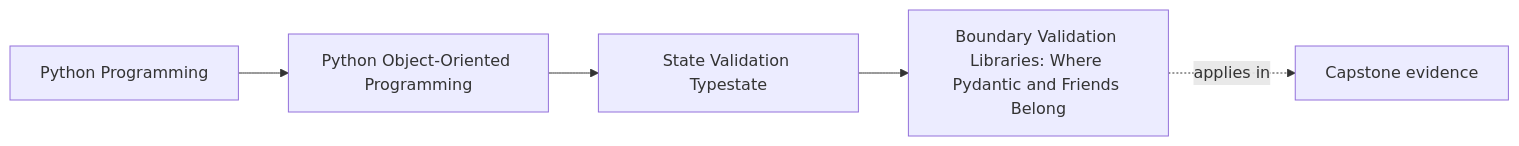
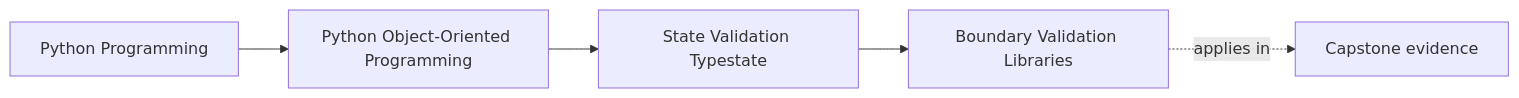
The first of 2 diagrams in programs/python-programming/python-object-oriented-programming/course-book/module-03-state-validation-typestate/boundary-validation-libraries.md (bijux/bijux-masterclass), drawn with Mermaid before and after one commit. The commit also changed other lines of this file, not shown here.

Commit message:
docs(oop): place validation libraries at the program boundary

````diff
--- a/programs/python-programming/python-object-oriented-programming/course-book/module-03-state-validation-typestate/boundary-validation-libraries.md
+++ b/programs/python-programming/python-object-oriented-programming/course-book/module-03-state-validation-typestate/boundary-validation-libraries.md
@@ -7,11 +6,11 @@
 ```mermaid
 graph LR
   family["Python Programming"]
   program["Python Object-Oriented Programming"]
   section["State Validation Typestate"]
-  page["Boundary Validation Libraries: Where Pydantic and Friends Belong"]
+  page["Boundary Validation Libraries"]
   capstone["Capstone evidence"]
 
   family --> program --> section --> page
   page -.applies in.-> capstone
 ```
````
